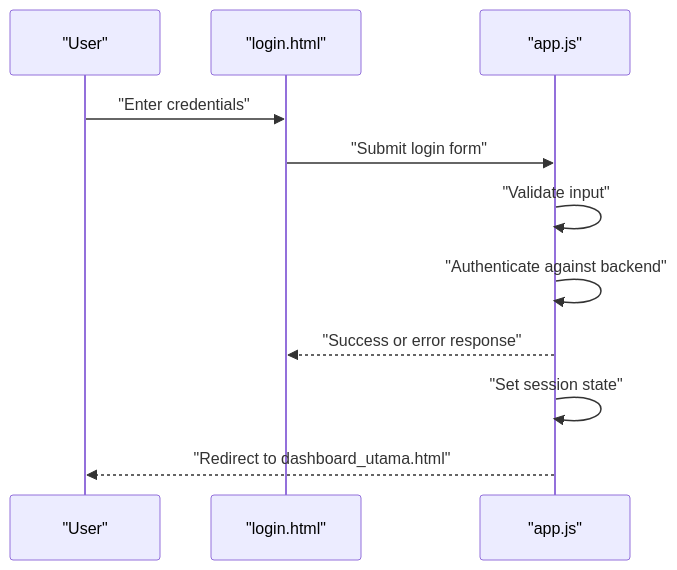
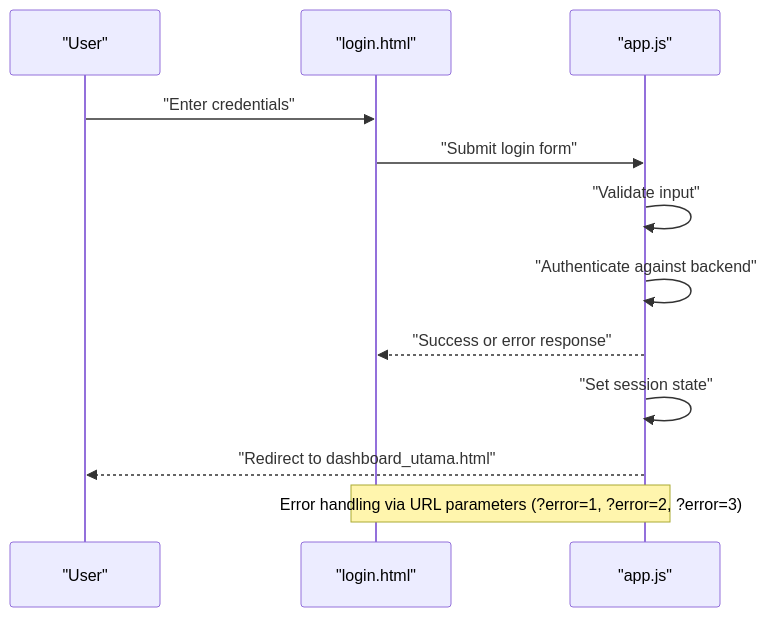
One commit to rendisiagian/TDS_by_RENDISIAGIAN changed the third of 5 diagrams in .qoder/repowiki/en/content/Authentication & User Management/Authentication & User Management.md. Above: the diagram before and after it, drawn with Mermaid. The commit also changed other lines of this file and 96 other files, not shown here.

````diff
--- a/.qoder/repowiki/en/content/Authentication & User Management/Authentication & User Management.md
+++ b/.qoder/repowiki/en/content/Authentication & User Management/Authentication & User Management.md
@@ -191,13 +190,14 @@
 ```mermaid
 sequenceDiagram
 participant U as "User"
 participant LG as "login.html"
 participant APP as "app.js"
 U->>LG : "Enter credentials"
 LG->>APP : "Submit login form"
 APP->>APP : "Validate input"
 APP->>APP : "Authenticate against backend"
 APP-->>LG : "Success or error response"
 APP->>APP : "Set session state"
 APP-->>U : "Redirect to dashboard_utama.html"
+Note over APP,LG : Error handling via URL parameters (?error=1, ?error=2, ?error=3)
 ```
````
